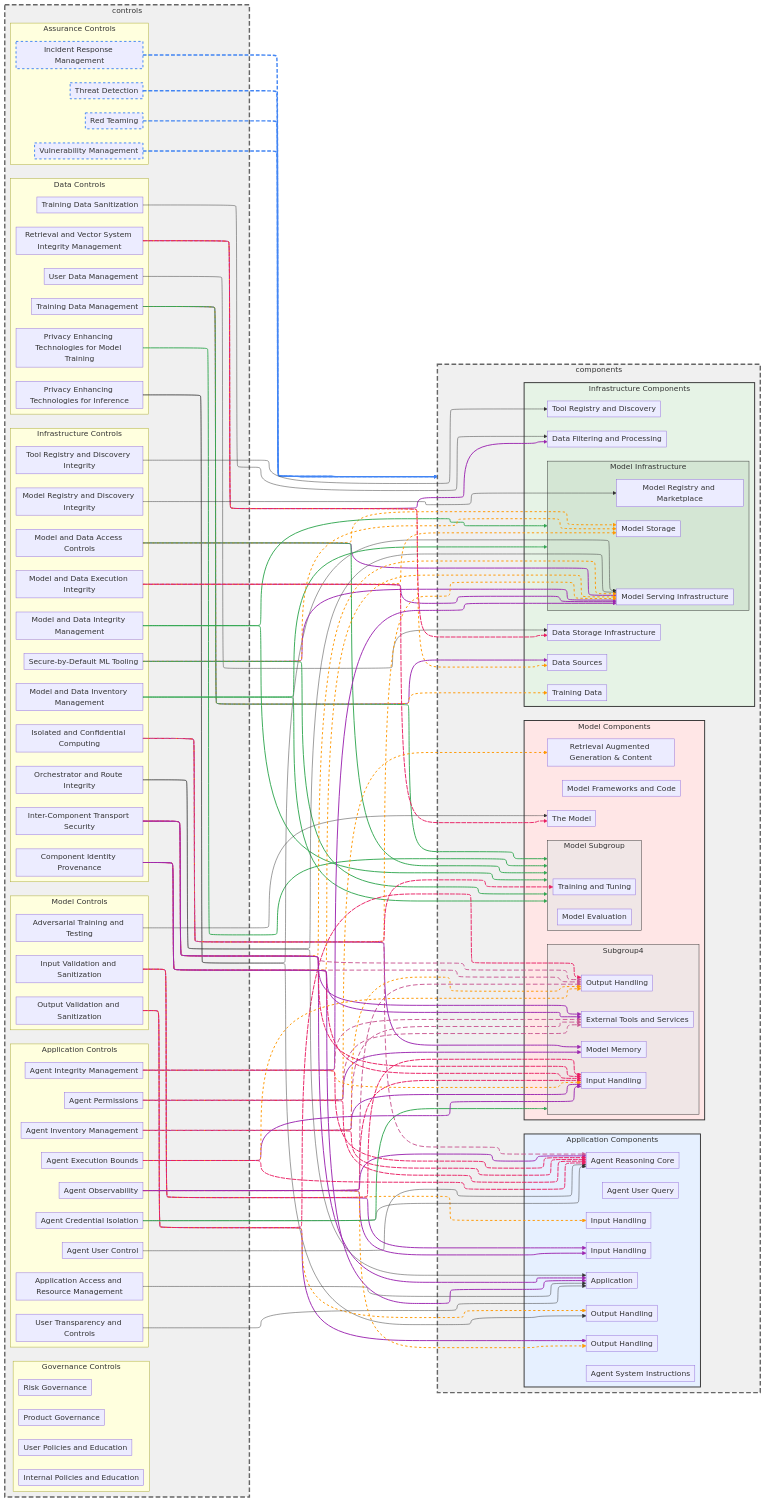
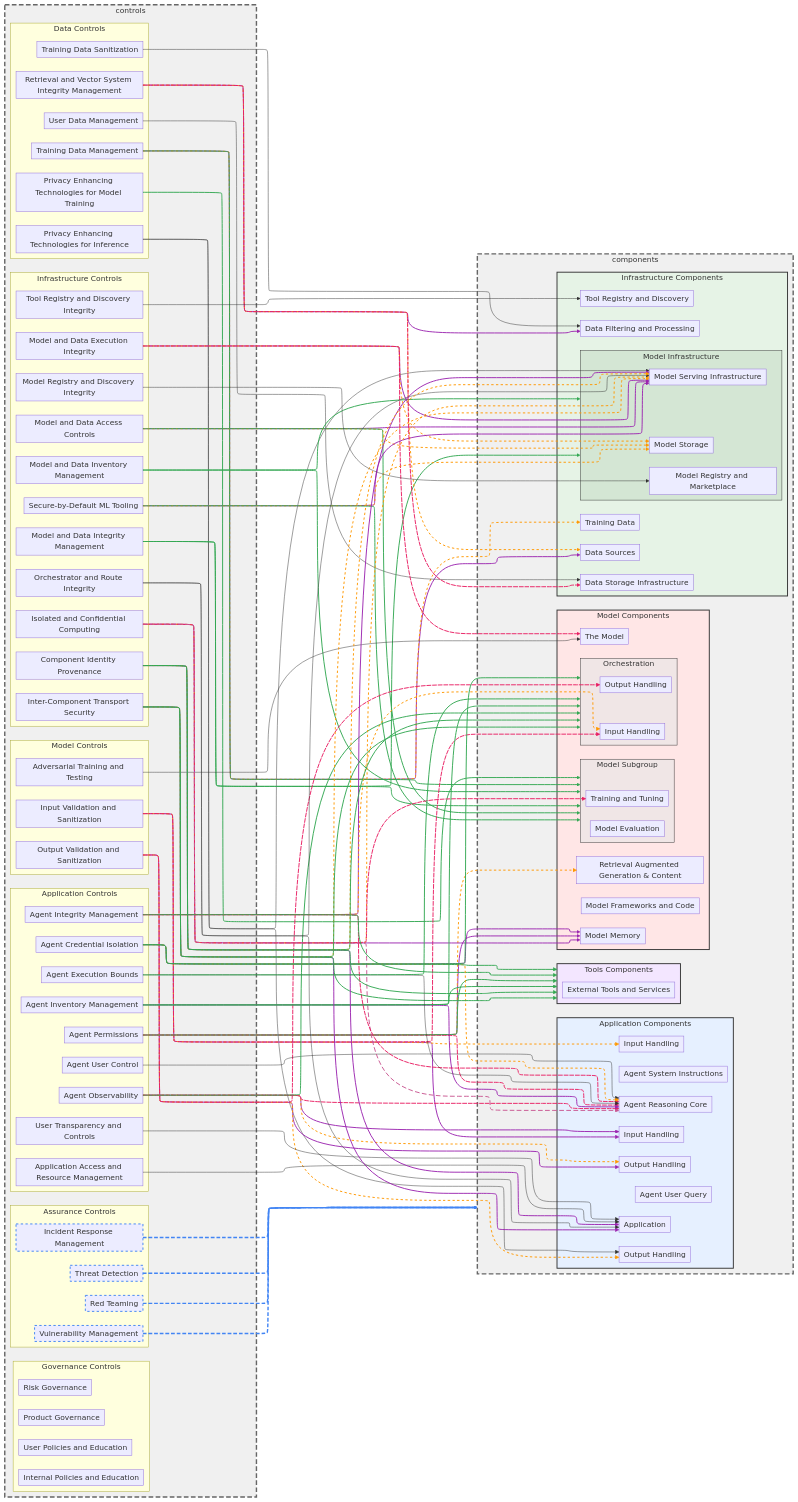
One commit to davidlabianca/secure-ai-tooling changed the diagram in risk-map/diagrams/controls-graph.md. Above: the diagram before and after it, drawn with Mermaid. The commit also changed 29 other files, not shown here.

````diff
--- a/risk-map/diagrams/controls-graph.md
+++ b/risk-map/diagrams/controls-graph.md
@@ -86,6 +86,7 @@
     end
 
     subgraph componentsModel ["Model Components"]
+        componentMemory[Model Memory]
         componentModelFrameworksAndCode[Model Frameworks and Code]
         componentRAGContent[Retrieval Augmented Generation & Content]
         componentTheModel[The Model]
@@ -93,11 +94,9 @@
             componentModelEvaluation[Model Evaluation]
             componentModelTrainingTuning[Training and Tuning]
         end
-        subgraph componentsSubgroup4 ["Subgroup4"]
-            componentMemory[Model Memory]
+        subgraph componentsOrchestration ["Orchestration"]
             componentOrchestrationInputHandling[Input Handling]
             componentOrchestrationOutputHandling[Output Handling]
-            componentTools[External Tools and Services]
         end
     end
 
@@ -110,6 +109,10 @@
         componentApplicationInputHandling[Input Handling]
         componentApplicationOutputHandling[Output Handling]
         componentReasoningCore[Agent Reasoning Core]
+    end
+
+    subgraph componentsTools ["Tools Components"]
+        componentTools[External Tools and Services]
     end
 
     end
@@ -149,16 +152,15 @@
     controlAgentPluginPermissions --> componentMemory
     controlAgentPluginPermissions --> componentRAGContent
     controlAgentPluginPermissions --> componentReasoningCore
-    controlAgentPluginPermissions --> componentTools
+    controlAgentPluginPermissions --> componentsTools
     controlRedTeaming -.-> components
     controlVulnerabilityManagement -.-> components
     controlThreatDetection -.-> components
     controlIncidentResponseManagement -.-> components
     controlAgentObservability --> componentAgentInputHandling
     controlAgentObservability --> componentAgentOutputHandling
-    controlAgentObservability --> componentOrchestrationInputHandling
-    controlAgentObservability --> componentOrchestrationOutputHandling
     controlAgentObservability --> componentReasoningCore
+    controlAgentObservability --> componentsOrchestration
     controlIsolatedConfidentialComputing --> componentMemory
     controlIsolatedConfidentialComputing --> componentModelServing
     controlIsolatedConfidentialComputing --> componentModelTrainingTuning
@@ -168,29 +170,27 @@
     controlRetrievalAndVectorSystemIntegrity --> componentDataStorage
     controlOrchestratorAndRouteIntegrity --> componentApplication
     controlOrchestratorAndRouteIntegrity --> componentModelServing
-    controlAgentInventoryManagement --> componentOrchestrationInputHandling
-    controlAgentInventoryManagement --> componentOrchestrationOutputHandling
     controlAgentInventoryManagement --> componentReasoningCore
-    controlAgentInventoryManagement --> componentTools
+    controlAgentInventoryManagement --> componentsOrchestration
+    controlAgentInventoryManagement --> componentsTools
     controlAgentIntegrityManagement --> componentModelServing
     controlAgentIntegrityManagement --> componentOrchestrationInputHandling
     controlAgentIntegrityManagement --> componentReasoningCore
-    controlAgentIntegrityManagement --> componentTools
+    controlAgentIntegrityManagement --> componentsTools
+    controlAgentCredentialIsolation --> componentMemory
     controlAgentCredentialIsolation --> componentReasoningCore
-    controlAgentCredentialIsolation --> componentsSubgroup4
+    controlAgentCredentialIsolation --> componentsOrchestration
+    controlAgentCredentialIsolation --> componentsTools
     controlInterComponentTransportSecurity --> componentApplication
     controlInterComponentTransportSecurity --> componentModelServing
-    controlInterComponentTransportSecurity --> componentOrchestrationInputHandling
-    controlInterComponentTransportSecurity --> componentOrchestrationOutputHandling
-    controlInterComponentTransportSecurity --> componentTools
+    controlInterComponentTransportSecurity --> componentsOrchestration
+    controlInterComponentTransportSecurity --> componentsTools
     controlComponentIdentityProvenance --> componentApplication
     controlComponentIdentityProvenance --> componentModelServing
-    controlComponentIdentityProvenance --> componentOrchestrationInputHandling
-    controlComponentIdentityProvenance --> componentOrchestrationOutputHandling
-    controlComponentIdentityProvenance --> componentTools
-    controlAgentExecutionBounds --> componentOrchestrationInputHandling
-    controlAgentExecutionBounds --> componentOrchestrationOutputHandling
+    controlComponentIdentityProvenance --> componentsOrchestration
+    controlComponentIdentityProvenance --> componentsTools
     controlAgentExecutionBounds --> componentReasoningCore
+    controlAgentExecutionBounds --> componentsOrchestration
     controlModelRegistryIntegrity --> componentModelRegistry
     controlToolRegistryAndDiscoveryIntegrity --> componentToolRegistry
 
@@ -202,11 +202,11 @@
 
     %% Edge styling
     linkStyle 35,36,37,38 stroke:#4285f4,stroke-width:3px,stroke-dasharray: 8 4
-    linkStyle 0,5,8,9,12,13,14,20,62 stroke:#34a853,stroke-width:2px
-    linkStyle 3,10,15,18,21,24,31,39,43,44,48,53,57,63,67,68,72,73 stroke:#9c27b0,stroke-width:2px
-    linkStyle 4,11,16,19,22,25,32,40,45,49,54,58,64,69,74 stroke:#ff9800,stroke-width:2px,stroke-dasharray: 5 5
-    linkStyle 17,23,26,33,41,46,50,55,59,65,70,75 stroke:#e91e63,stroke-width:2px,stroke-dasharray: 10 2
-    linkStyle 34,42,47,56,60,66,71 stroke:#C95792,stroke-width:2px,stroke-dasharray: 10 5
+    linkStyle 0,5,8,9,12,13,14,20,34,42,53,54,58,61,62,65,66,69,70,72 stroke:#34a853,stroke-width:2px
+    linkStyle 3,10,15,18,21,24,31,39,43,47,52,55,59,63,67 stroke:#9c27b0,stroke-width:2px
+    linkStyle 4,11,16,19,22,25,32,40,44,48,56,60,64,68 stroke:#ff9800,stroke-width:2px,stroke-dasharray: 5 5
+    linkStyle 17,23,26,33,41,45,49,57 stroke:#e91e63,stroke-width:2px,stroke-dasharray: 10 2
+    linkStyle 46 stroke:#C95792,stroke-width:2px,stroke-dasharray: 10 5
 
 %% Node style definitions
     style components fill:#f0f0f0,stroke:#666666,stroke-width:3px,stroke-dasharray: 10 5
@@ -214,7 +214,8 @@
     style componentsInfrastructure fill:#e6f3e6,stroke:#333333,stroke-width:2px
     style componentsApplication fill:#e6f0ff,stroke:#333333,stroke-width:2px
     style componentsModel fill:#ffe6e6,stroke:#333333,stroke-width:2px
+    style componentsTools fill:#f3e6ff,stroke:#333333,stroke-width:2px
     style componentsModelInfrastructure fill:#d4e6d4,stroke:#333,stroke-width:1px
     style componentsModelSubgroup fill:#f0e6e6,stroke:#333,stroke-width:1px
-    style componentsSubgroup4 fill:#f0e6e6,stroke:#333,stroke-width:1px
+    style componentsOrchestration fill:#f0e6e6,stroke:#333,stroke-width:1px
 ```
````
